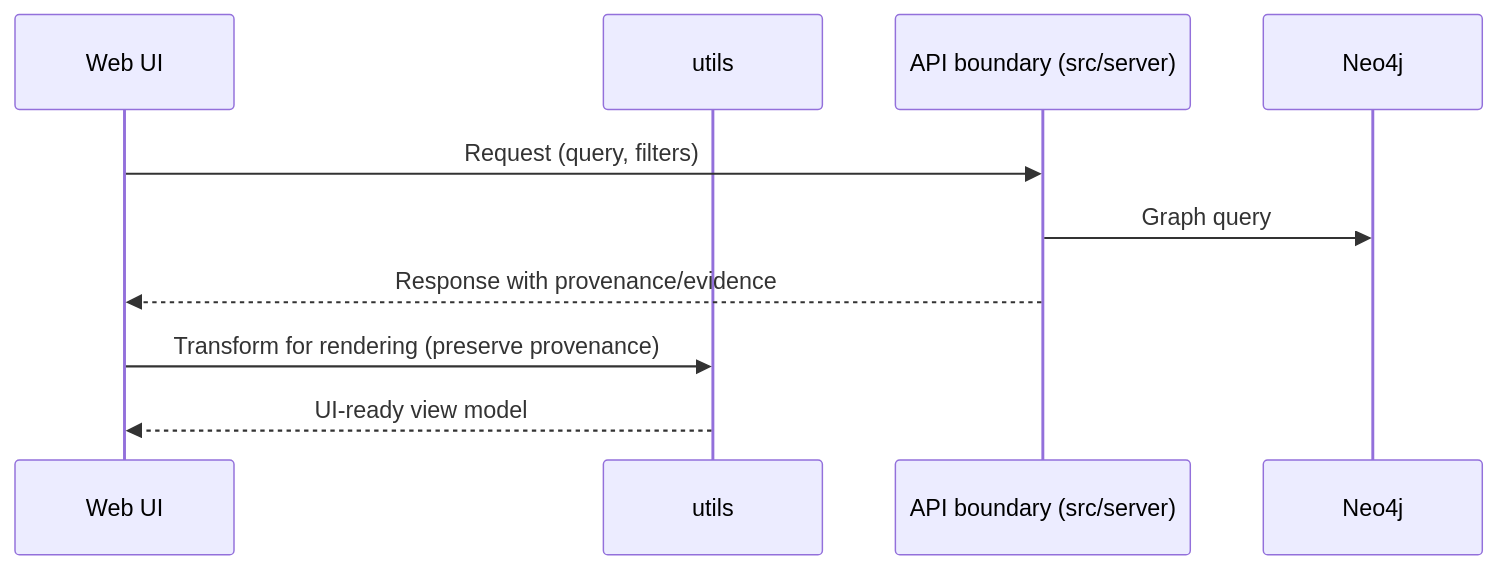
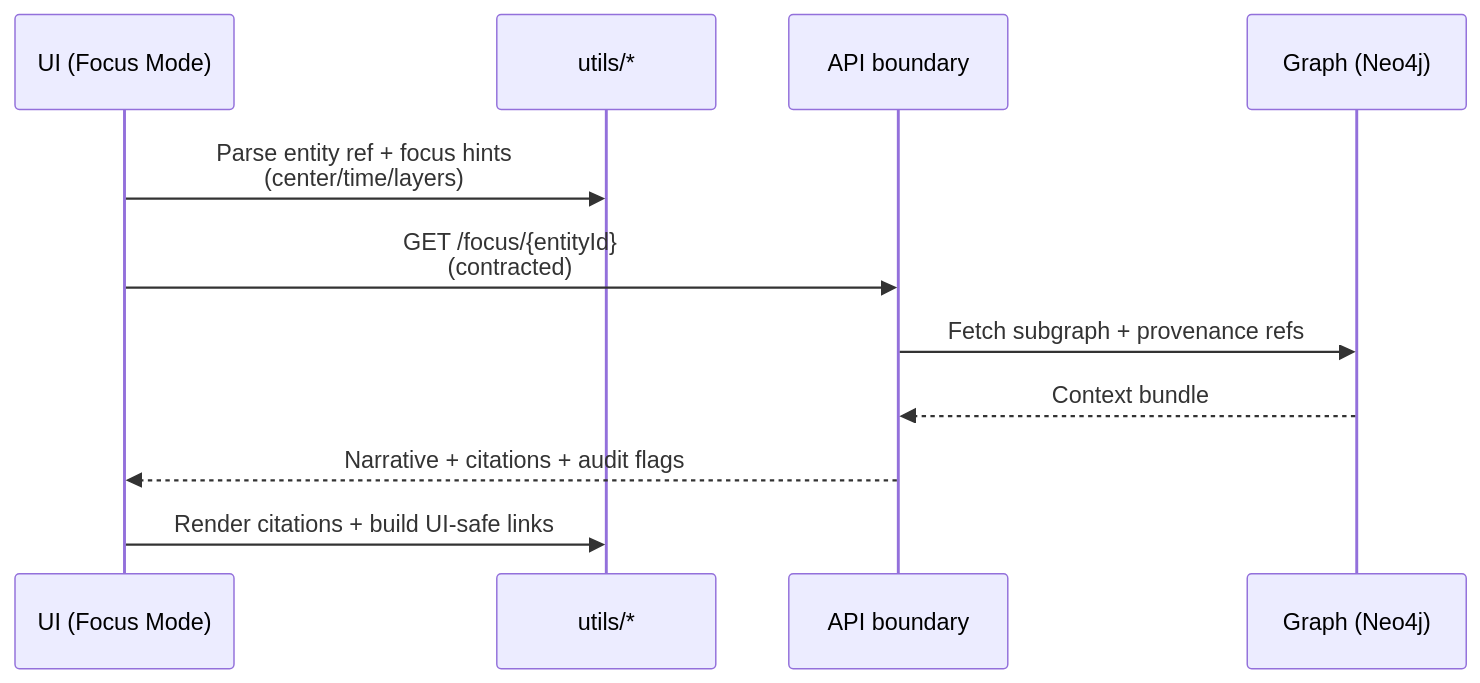
The second of 2 diagrams in web/src/utils/README.md (bartytime4life/Kansas-Frontier-Matrix), drawn with Mermaid before and after one commit. The commit also changed other lines of this file, not shown here.

```diff
--- a/web/src/utils/README.md
+++ b/web/src/utils/README.md
@@ -172,12 +202,14 @@
 ~~~mermaid
 sequenceDiagram
-  participant UI as Web UI
-  participant U as utils
-  participant API as API boundary (src/server)
-  participant G as Neo4j
-  UI->>API: Request (query, filters)
-  API->>G: Graph query
-  API-->>UI: Response with provenance/evidence
-  UI->>U: Transform for rendering (preserve provenance)
-  U-->>UI: UI-ready view model
+  participant UI as UI (Focus Mode)
+  participant U as utils/*
+  participant API as API boundary
+  participant Graph as Graph (Neo4j)
+
+  UI->>U: Parse entity ref + focus hints<br/>(center/time/layers)
+  UI->>API: GET /focus/{entityId}<br/>(contracted)
+  API->>Graph: Fetch subgraph + provenance refs
+  Graph-->>API: Context bundle
+  API-->>UI: Narrative + citations + audit flags
+  UI->>U: Render citations + build UI-safe links
 ~~~
```
